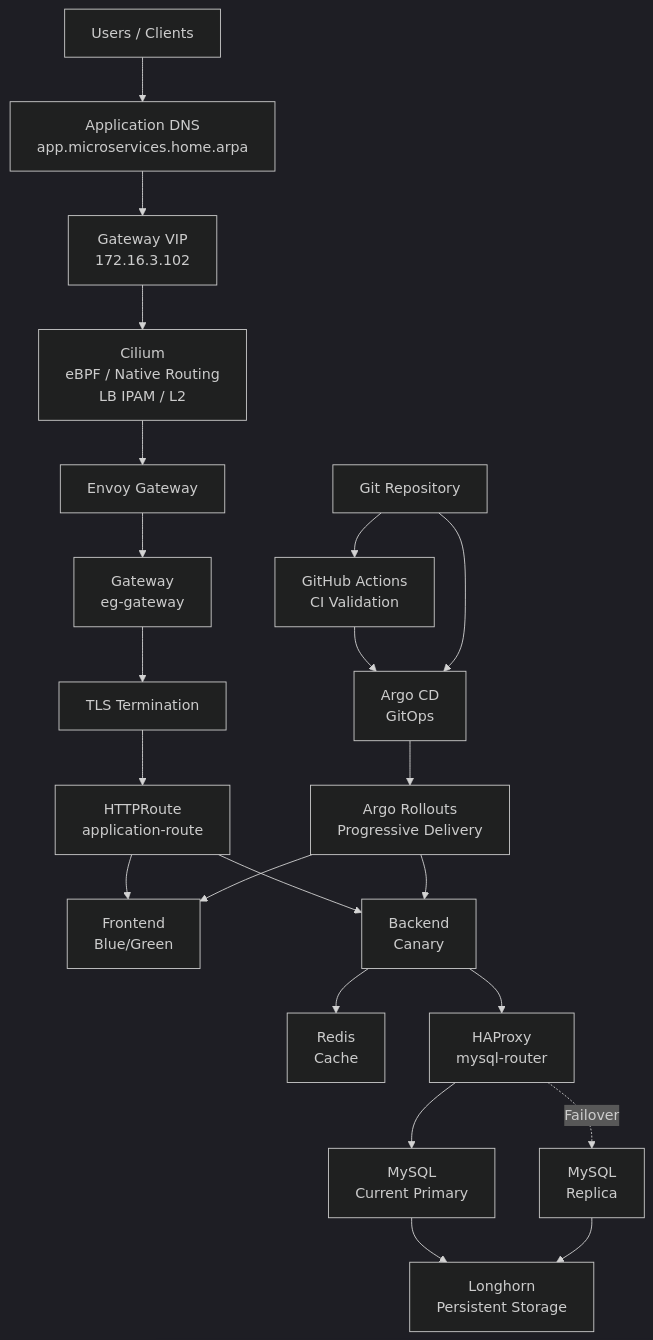
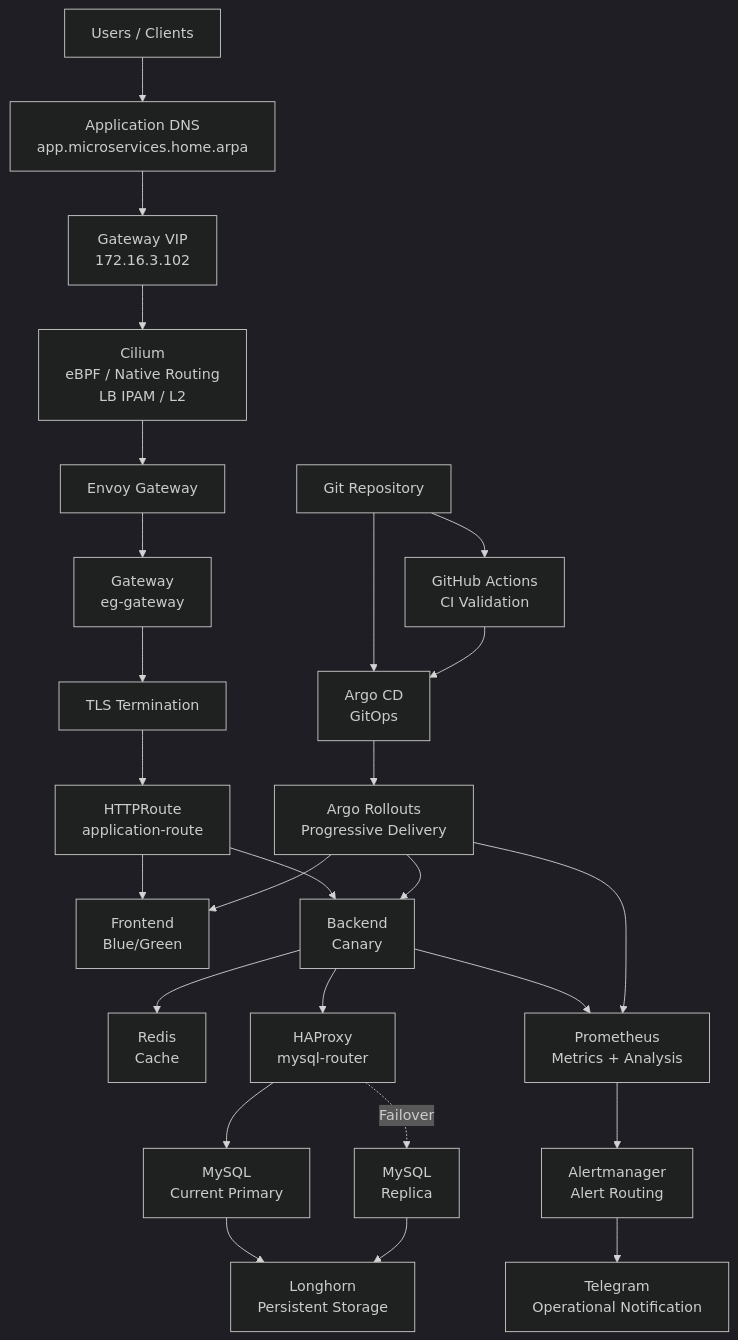
One commit to ahmed-sayed-devops/microservices-platform-gitops changed the first of 40 diagrams in README.md. Above: the diagram before and after it, drawn with Mermaid (dark theme). The commit also changed other lines of this file and 13 other files, not shown here.

Commit message:
docs: update progressive delivery and platform architecture

````diff
--- a/README.md
+++ b/README.md
@@ -76,45 +96,62 @@
 ```mermaid
 graph TD
+
     USER["Users / Clients"]
     DNS["Application DNS<br/>app.microservices.home.arpa"]
     VIP["Gateway VIP<br/>172.16.3.102"]
     CILIUM["Cilium<br/>eBPF / Native Routing<br/>LB IPAM / L2"]
     ENVOY["Envoy Gateway"]
     GATEWAY["Gateway<br/>eg-gateway"]
     TLS["TLS Termination"]
     ROUTE["HTTPRoute<br/>application-route"]
+
     FRONTEND["Frontend<br/>Blue/Green"]
     BACKEND["Backend<br/>Canary"]
+
     REDIS["Redis<br/>Cache"]
     HAPROXY["HAProxy<br/>mysql-router"]
     MYSQL_PRIMARY["MySQL<br/>Current Primary"]
     MYSQL_REPLICA["MySQL<br/>Replica"]
     LONGHORN["Longhorn<br/>Persistent Storage"]
+
     GIT["Git Repository"]
     CI["GitHub Actions<br/>CI Validation"]
     ARGOCD["Argo CD<br/>GitOps"]
     ROLLOUTS["Argo Rollouts<br/>Progressive Delivery"]
+
+    PROM["Prometheus<br/>Metrics + Analysis"]
+    ALERT["Alertmanager<br/>Alert Routing"]
+    TELEGRAM["Telegram<br/>Operational Notification"]
 
     USER --> DNS
     DNS --> VIP
     VIP --> CILIUM
     CILIUM --> ENVOY
     ENVOY --> GATEWAY
     GATEWAY --> TLS
     TLS --> ROUTE
+
     ROUTE --> FRONTEND
     ROUTE --> BACKEND
+
     BACKEND --> REDIS
     BACKEND --> HAPROXY
     HAPROXY --> MYSQL_PRIMARY
     HAPROXY -. Failover .-> MYSQL_REPLICA
+
     MYSQL_PRIMARY --> LONGHORN
     MYSQL_REPLICA --> LONGHORN
 
     GIT --> CI
+    GIT --> ARGOCD
     CI --> ARGOCD
-    GIT --> ARGOCD
     ARGOCD --> ROLLOUTS
+
     ROLLOUTS --> FRONTEND
     ROLLOUTS --> BACKEND
+
+    BACKEND --> PROM
+    ROLLOUTS --> PROM
+    PROM --> ALERT
+    ALERT --> TELEGRAM
 ```
````
